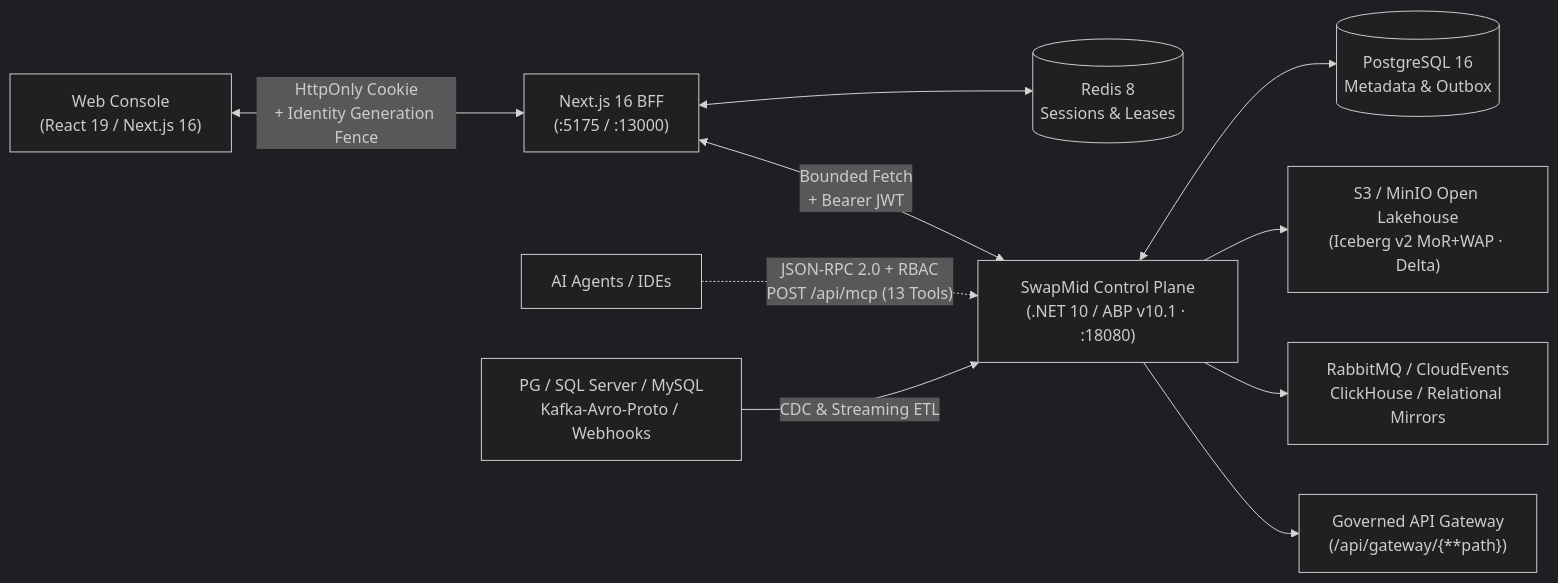
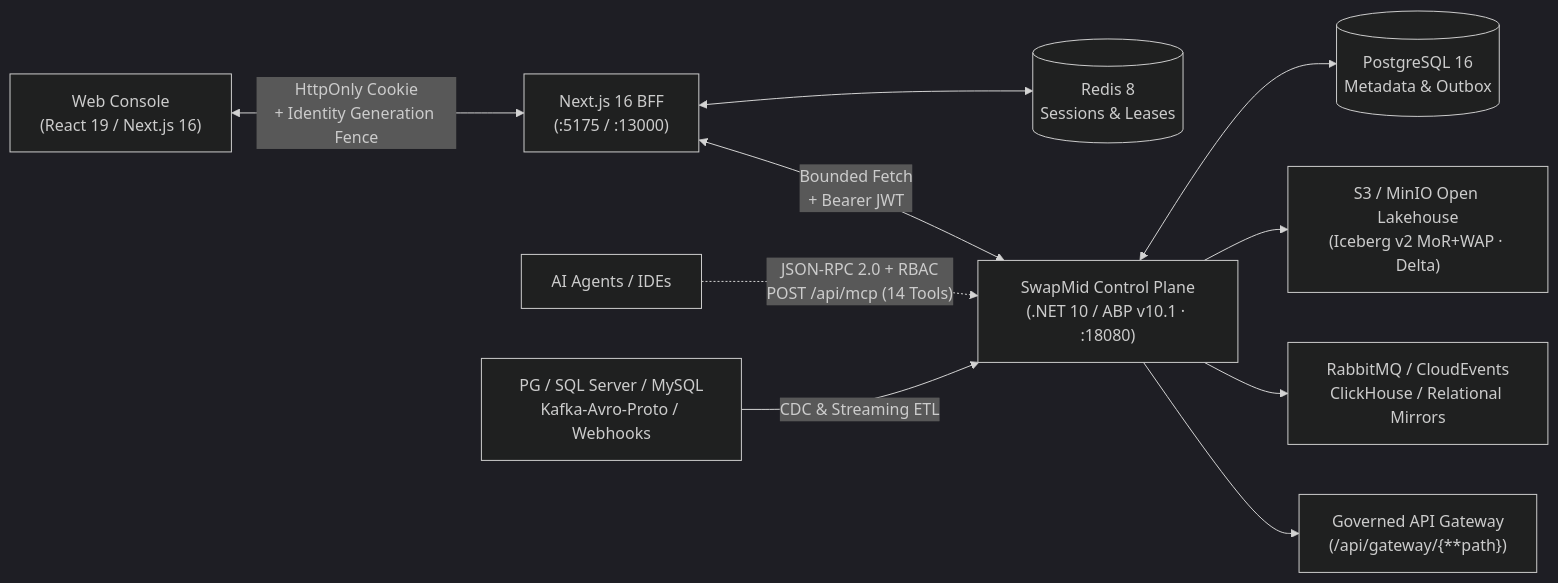
One commit to q871958549/SwapMid changed the diagram in README.md. Above: the diagram before and after it, drawn with Mermaid (dark theme). The commit also changed other lines of this file and 56 other files, not shown here.

````diff
--- a/README.md
+++ b/README.md
@@ -31,12 +31,12 @@
 ```mermaid
 flowchart LR
   Browser["Web Console\n(React 19 / Next.js 16)"] <-->|"HttpOnly Cookie\n+ Identity Generation Fence"| BFF["Next.js 16 BFF\n(:5175 / :13000)"]
   BFF <--> Redis[("Redis 8\nSessions & Leases")]
   BFF <-->|"Bounded Fetch\n+ Bearer JWT"| Core["SwapMid Control Plane\n(.NET 10 / ABP v10.1 · :18080)"]
-  AI["AI Agents / IDEs"] -.->|"JSON-RPC 2.0 + RBAC\nPOST /api/mcp (13 Tools)"| Core
+  AI["AI Agents / IDEs"] -.->|"JSON-RPC 2.0 + RBAC\nPOST /api/mcp (14 Tools)"| Core
   Core <--> PG[("PostgreSQL 16\nMetadata & Outbox")]
   Sources["PG / SQL Server / MySQL\nKafka-Avro-Proto / Webhooks"] -->|"CDC & Streaming ETL"| Core
   Core --> Lake["S3 / MinIO Open Lakehouse\n(Iceberg v2 MoR+WAP · Delta)"]
   Core --> Bus["RabbitMQ / CloudEvents\nClickHouse / Relational Mirrors"]
   Core --> Upstreams["Governed API Gateway\n(/api/gateway/{**path})"]
 ```
````
